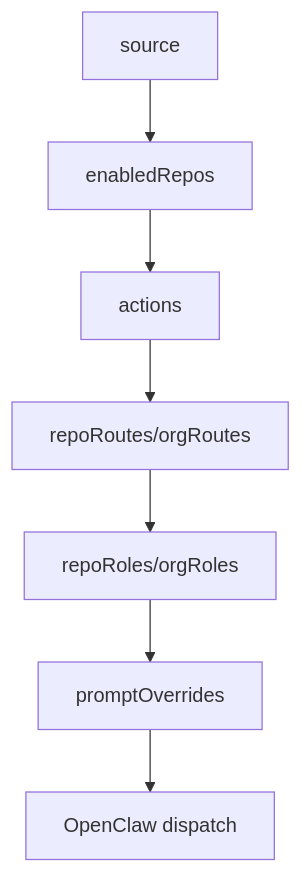
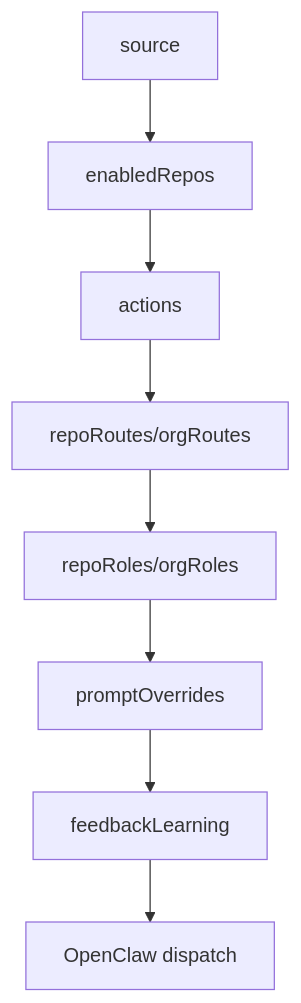
Before and after one commit to WaylonSmithersJr/github-agent-bridge: the diagram in docs/policy-reference.md, drawn with Mermaid. The commit also changed other lines of this file and 9 other files, not shown here.

Commit message:
fix: make feedback learning policy-driven

````diff
--- a/docs/policy-reference.md
+++ b/docs/policy-reference.md
@@ -7,9 +7,10 @@
 ```mermaid
 flowchart TD
     A[source] --> B[enabledRepos]
     B --> C[actions]
     C --> D[repoRoutes/orgRoutes]
     D --> E[repoRoles/orgRoles]
     E --> F[promptOverrides]
-    F --> G[OpenClaw dispatch]
+    F --> G[feedbackLearning]
+    G --> H[OpenClaw dispatch]
 ```
````
